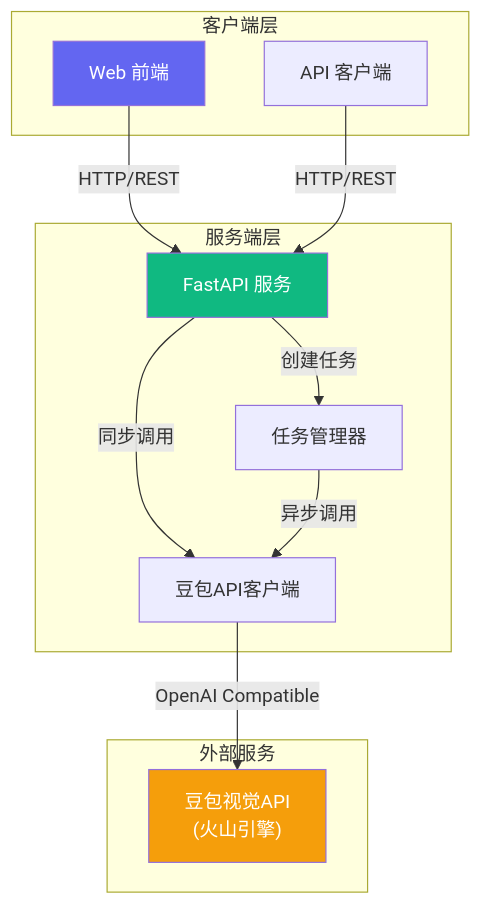
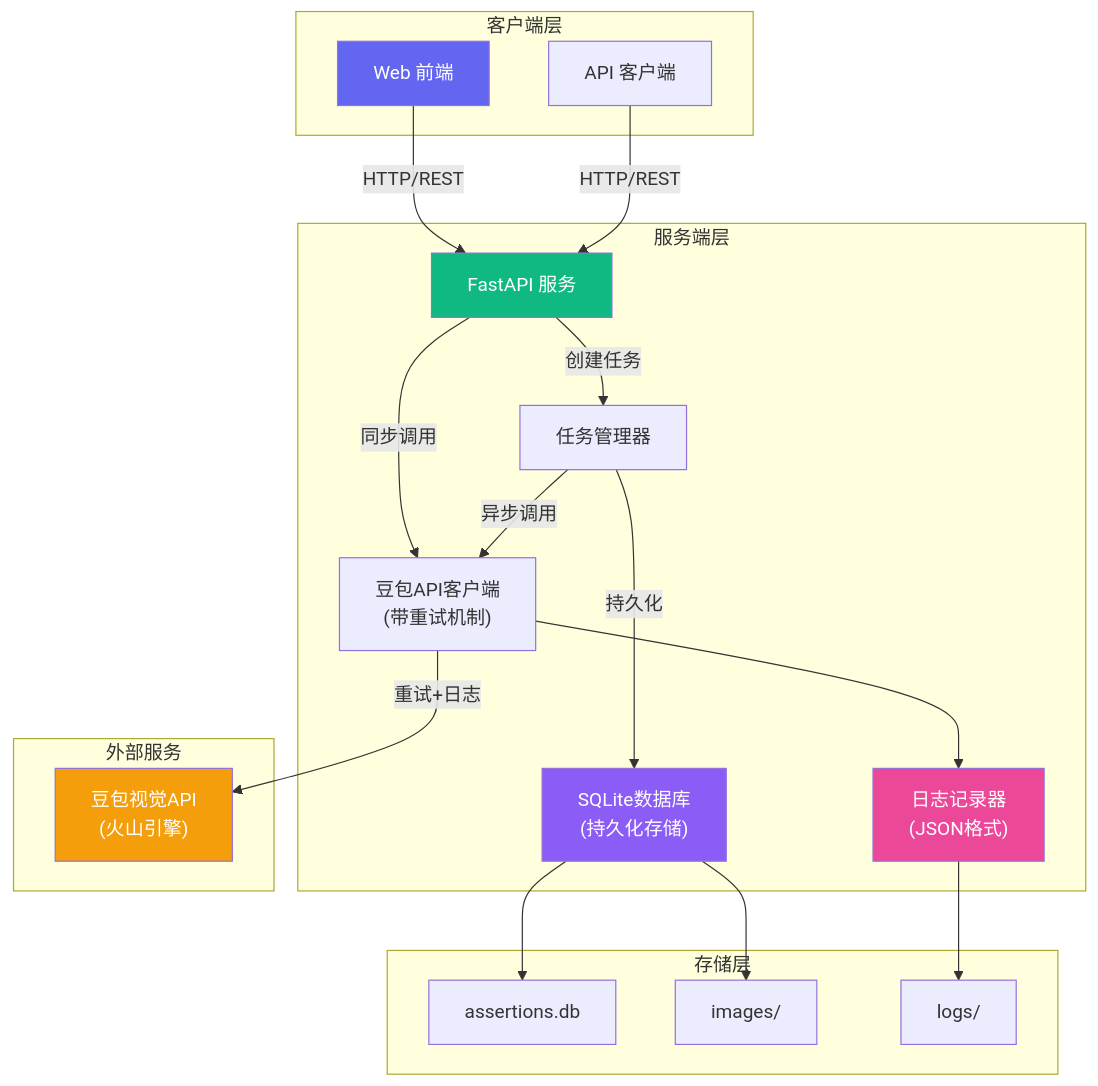
Before and after one commit to chengchaoccss/all_stody_notes: the first of 17 diagrams in image_assertion_agent/docs/TECHNICAL_DOC.md, drawn with Mermaid. The commit also changed other lines of this file, not shown here.

````diff
--- a/image_assertion_agent/docs/TECHNICAL_DOC.md
+++ b/image_assertion_agent/docs/TECHNICAL_DOC.md
@@ -56,28 +62,43 @@
 ```mermaid
 graph TB
     subgraph Client["客户端层"]
         Web["Web 前端"]
         API_Client["API 客户端"]
     end
 
     subgraph Server["服务端层"]
         FastAPI["FastAPI 服务"]
         TaskManager["任务管理器"]
-        DoubaoClient["豆包API客户端"]
+        DoubaoClient["豆包API客户端<br/>(带重试机制)"]
+        Logger["日志记录器<br/>(JSON格式)"]
+        Database["SQLite数据库<br/>(持久化存储)"]
+    end
+
+    subgraph Storage["存储层"]
+        SQLite["assertions.db"]
+        ImageStore["images/"]
+        LogFiles["logs/"]
     end
 
     subgraph External["外部服务"]
         DoubaoAPI["豆包视觉API<br/>(火山引擎)"]
     end
 
     Web -->|"HTTP/REST"| FastAPI
     API_Client -->|"HTTP/REST"| FastAPI
     FastAPI -->|"创建任务"| TaskManager
     FastAPI -->|"同步调用"| DoubaoClient
     TaskManager -->|"异步调用"| DoubaoClient
-    DoubaoClient -->|"OpenAI Compatible"| DoubaoAPI
+    TaskManager -->|"持久化"| Database
+    DoubaoClient -->|"重试+日志"| DoubaoAPI
+    DoubaoClient --> Logger
+    Database --> SQLite
+    Database --> ImageStore
+    Logger --> LogFiles
 
     style Web fill:#6366f1,color:#fff
     style FastAPI fill:#10b981,color:#fff
     style DoubaoAPI fill:#f59e0b,color:#fff
+    style Database fill:#8b5cf6,color:#fff
+    style Logger fill:#ec4899,color:#fff
 ```
````
